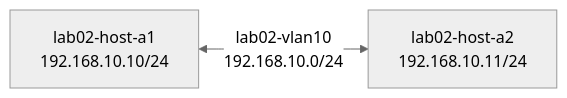
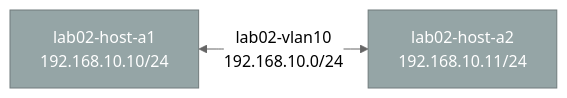
Before and after one commit to jkirklan/bgp-labs: the first of 2 diagrams in lab02-l2-vs-l3-vlans/README.md, drawn with Mermaid (neutral theme). The commit also changed other lines of this file and 15 other files, not shown here.

First line of the commit message:
docs: Apply mermaid style guide to all lab topology diagrams

````diff
--- a/lab02-l2-vs-l3-vlans/README.md
+++ b/lab02-l2-vs-l3-vlans/README.md
@@ -53,4 +53,11 @@
 ```mermaid
 graph LR
-    A1["lab02-host-a1<br>192.168.10.10/24"] <-->|"lab02-vlan10<br>192.168.10.0/24"| A2["lab02-host-a2<br>192.168.10.11/24"]
+    classDef host fill:#95a5a6,color:#fff,stroke:#707b7c
+
+    A1["lab02-host-a1\n192.168.10.10/24"]
+    A2["lab02-host-a2\n192.168.10.11/24"]
+
+    A1 <-->|"lab02-vlan10\n192.168.10.0/24"| A2
+
+    class A1,A2 host
 ```
````
